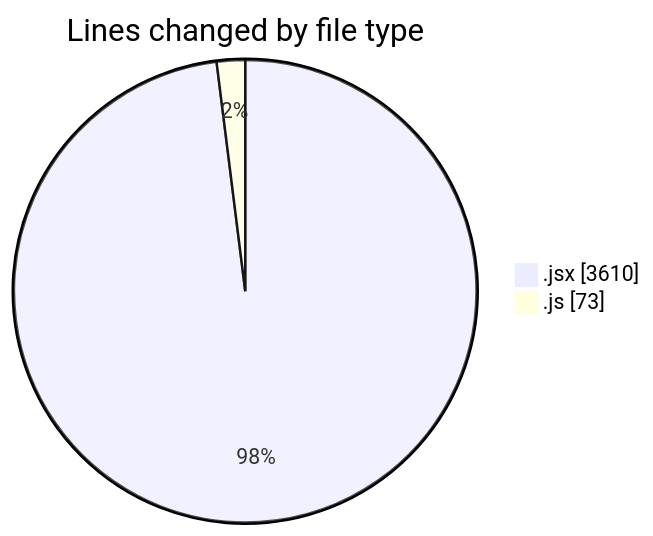
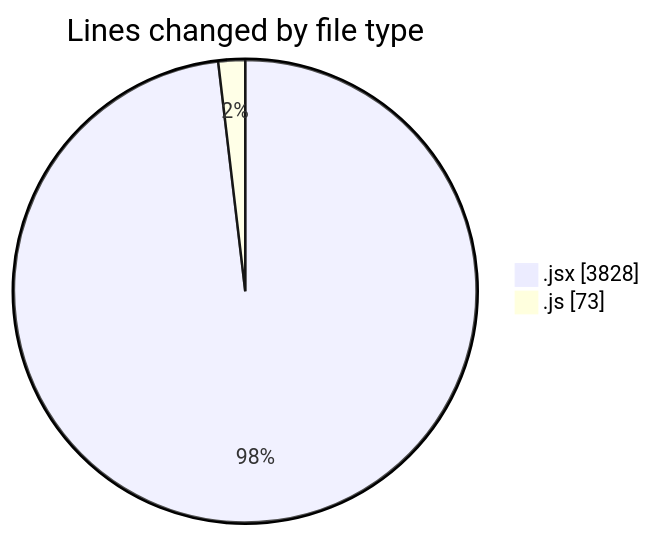
The first of 2 diagrams in 2025-12-24/nxtqube_webapp/README.md (nxtqubesakshisongat/code-tracking), drawn with Mermaid before and after one commit. The commit also changed other lines of this file and 1 other file, not shown here.

````diff
--- a/2025-12-24/nxtqube_webapp/README.md
+++ b/2025-12-24/nxtqube_webapp/README.md
@@ -22,6 +23,6 @@
 ```mermaid
 pie showData
 title Lines changed by file type
-".jsx" : 3610
+".jsx" : 3828
 ".js" : 73
 ```
````
